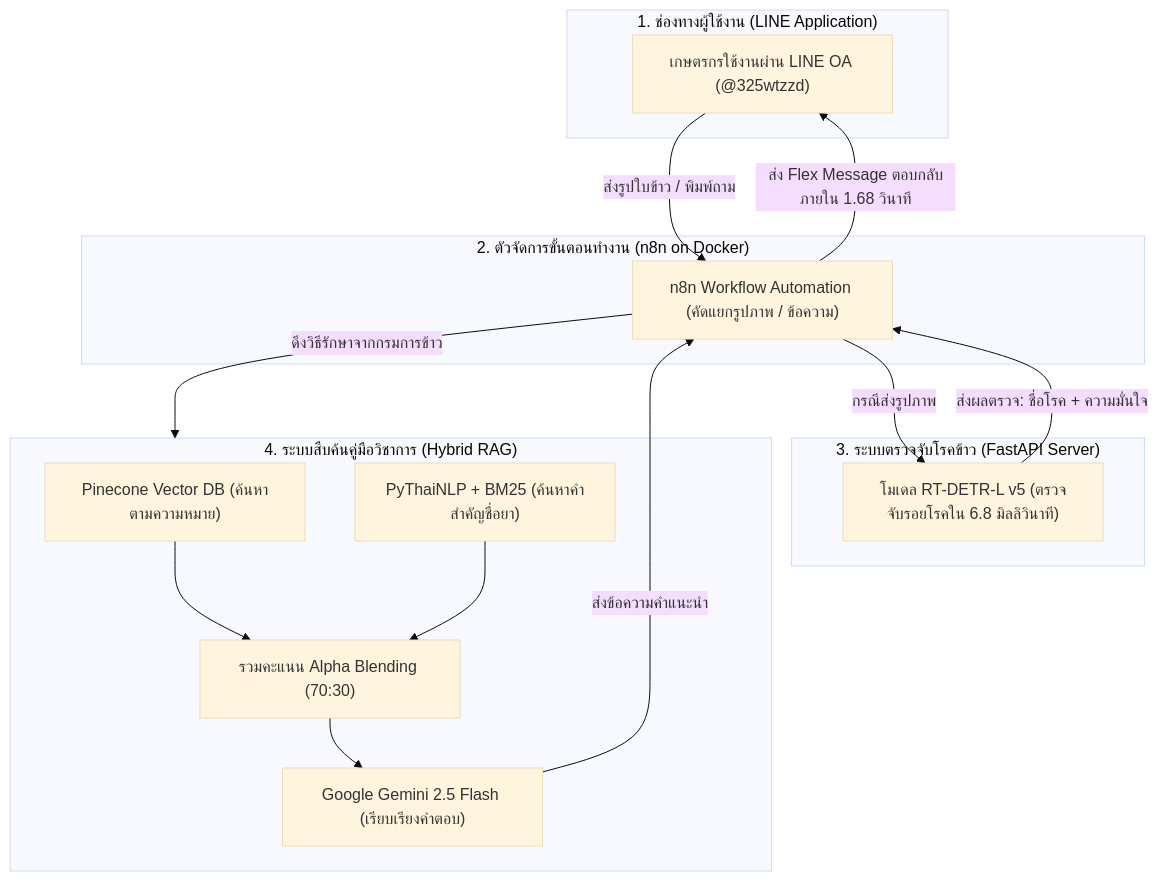
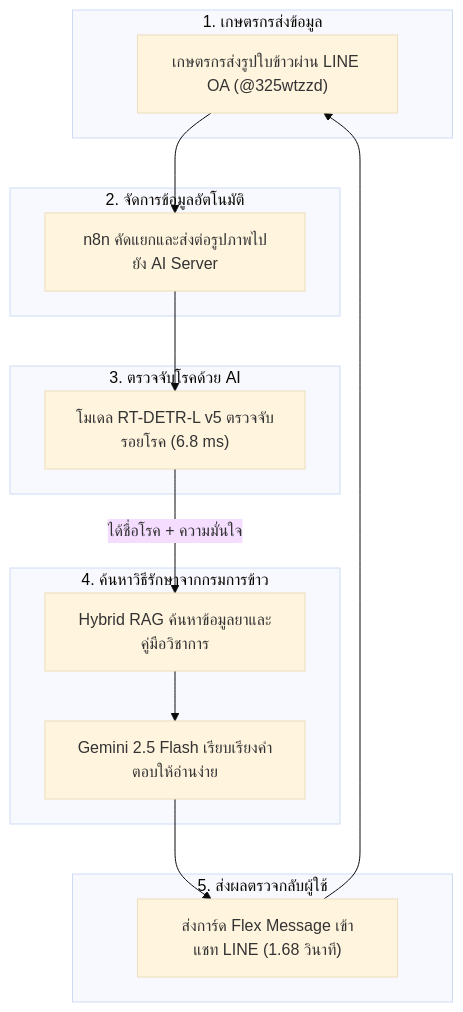
Before and after one commit to atsawinkz/atsawin-songleksing: the diagram in docs/thesis/presentation_slides_deck.md, drawn with Mermaid (base theme). The commit also changed other lines of this file, not shown here.

Commit message:
docs(thesis): rewrite Slide 4 workflow into easy-to-read natural spoken steps
- Break down system workflow in Slide 4 into 5 clear, accessible Thai steps
- Streamline Mermaid architecture flowchart to reflect the 5-step pipeline
- Provide a smooth, conversational presenter speech script divided into clear beats

````diff
--- a/docs/thesis/presentation_slides_deck.md
+++ b/docs/thesis/presentation_slides_deck.md
@@ -63,32 +70,30 @@
 ```mermaid
 flowchart TD
-    subgraph UI ["1. ช่องทางผู้ใช้งาน (LINE Application)"]
-        USER["เกษตรกรใช้งานผ่าน LINE OA (@325wtzzd)"]
+    subgraph S1 ["1. เกษตรกรส่งข้อมูล"]
+        USER["เกษตรกรส่งรูปใบข้าวผ่าน LINE OA (@325wtzzd)"]
     end
 
-    subgraph ORCH ["2. ตัวจัดการขั้นตอนทำงาน (n8n on Docker)"]
-        N8N["n8n Workflow Automation (คัดแยกรูปภาพ / ข้อความ)"]
+    subgraph S2 ["2. จัดการข้อมูลอัตโนมัติ"]
+        N8N["n8n คัดแยกและส่งต่อรูปภาพไปยัง AI Server"]
     end
 
-    subgraph VISION ["3. ระบบตรวจจับโรคข้าว (FastAPI Server)"]
-        RTDETR["โมเดล RT-DETR-L v5 (ตรวจจับรอยโรคใน 6.8 มิลลิวินาที)"]
+    subgraph S3 ["3. ตรวจจับโรคด้วย AI"]
+        RTDETR["โมเดล RT-DETR-L v5 ตรวจจับรอยโรค (6.8 ms)"]
     end
 
-    subgraph RAG ["4. ระบบสืบค้นคู่มือวิชาการ (Hybrid RAG)"]
-        PINECONE["Pinecone Vector DB (ค้นหาตามความหมาย)"]
-        BM25["PyThaiNLP + BM25 (ค้นหาคำสำคัญชื่อยา)"]
-        FUSION["รวมคะแนน Alpha Blending (70:30)"]
-        GEMINI["Google Gemini 2.5 Flash (เรียบเรียงคำตอบ)"]
-        
-        PINECONE --> FUSION
-        BM25 --> FUSION
-        FUSION --> GEMINI
+    subgraph S4 ["4. ค้นหาวิธีรักษาจากกรมการข้าว"]
+        RAG["Hybrid RAG ค้นหาข้อมูลยาและคู่มือวิชาการ"]
+        GEMINI["Gemini 2.5 Flash เรียบเรียงคำตอบให้อ่านง่าย"]
+        RAG --> GEMINI
     end
 
-    USER -->|"ส่งรูปใบข้าว / พิมพ์ถาม"| N8N
-    N8N -->|"กรณีส่งรูปภาพ"| RTDETR
-    RTDETR -->|"ส่งผลตรวจ: ชื่อโรค + ความมั่นใจ"| N8N
-    N8N -->|"ดึงวิธีรักษาจากกรมการข้าว"| RAG
-    GEMINI -->|"ส่งข้อความคำแนะนำ"| N8N
-    N8N -->|"ส่ง Flex Message ตอบกลับภายใน 1.68 วินาที"| USER
+    subgraph S5 ["5. ส่งผลตรวจกลับผู้ใช้"]
+        FLEX["ส่งการ์ด Flex Message เข้าแชท LINE (1.68 วินาที)"]
+    end
+
+    USER --> N8N
+    N8N --> RTDETR
+    RTDETR -->|"ได้ชื่อโรค + ความมั่นใจ"| RAG
+    GEMINI --> FLEX
+    FLEX --> USER
 ```
````
